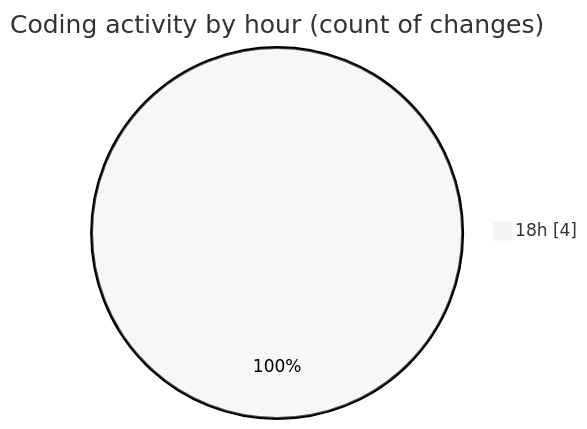
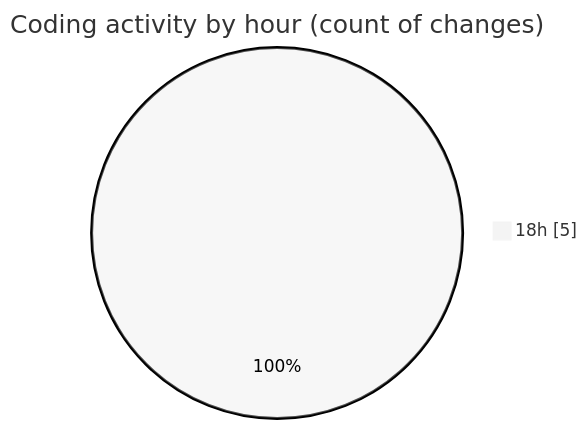
Before and after one commit to Netris89/code-tracking: the second of 2 diagrams in 2025-04-09/back-end/README.md, drawn with Mermaid (neutral theme). The commit also changed other lines of this file and 1 other file, not shown here.

````diff
--- a/2025-04-09/back-end/README.md
+++ b/2025-04-09/back-end/README.md
@@ -28,5 +29,5 @@
 ```mermaid
 pie showData
 title Coding activity by hour (count of changes)
-"18h" : 4
+"18h" : 5
 ```
````
